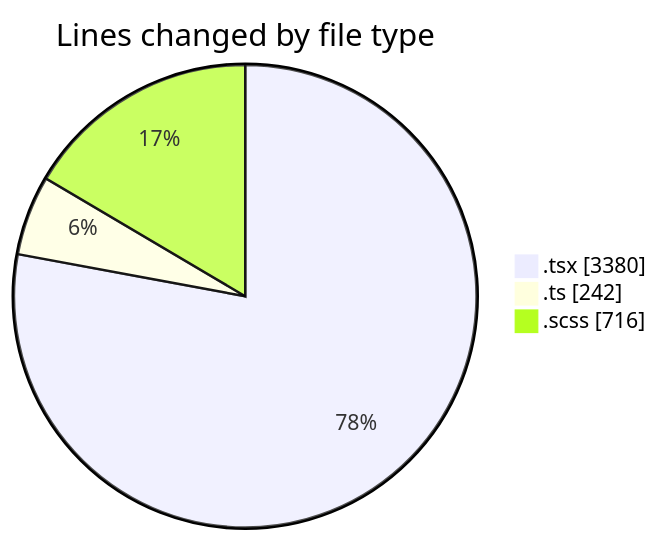
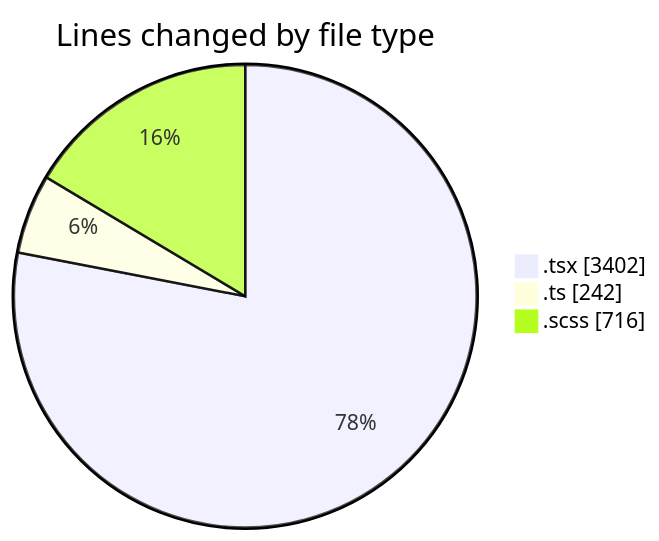
One commit to momahboobian/code-tracking changed the first of 2 diagrams in 2025-09-15/cda/README.md. Above: the diagram before and after it, drawn with Mermaid. The commit also changed other lines of this file and 1 other file, not shown here.

````diff
--- a/2025-09-15/cda/README.md
+++ b/2025-09-15/cda/README.md
@@ -25,7 +25,7 @@
 ```mermaid
 pie showData
 title Lines changed by file type
-".tsx" : 3380
+".tsx" : 3402
 ".ts" : 242
 ".scss" : 716
 ```
````
